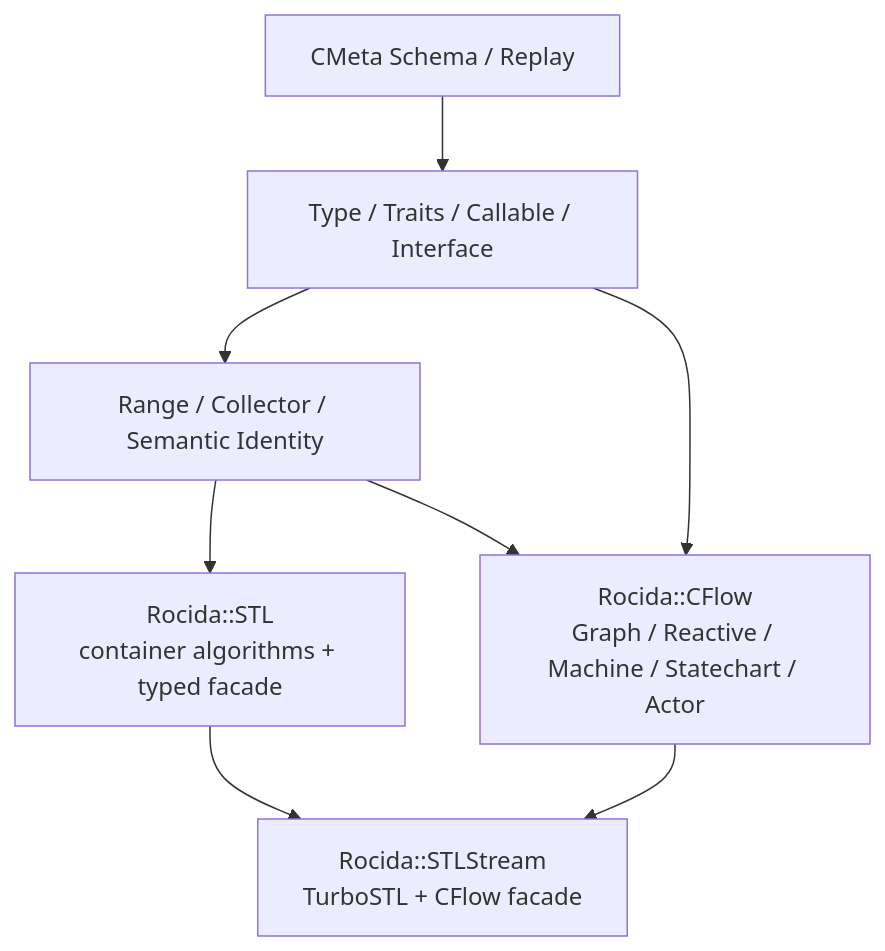
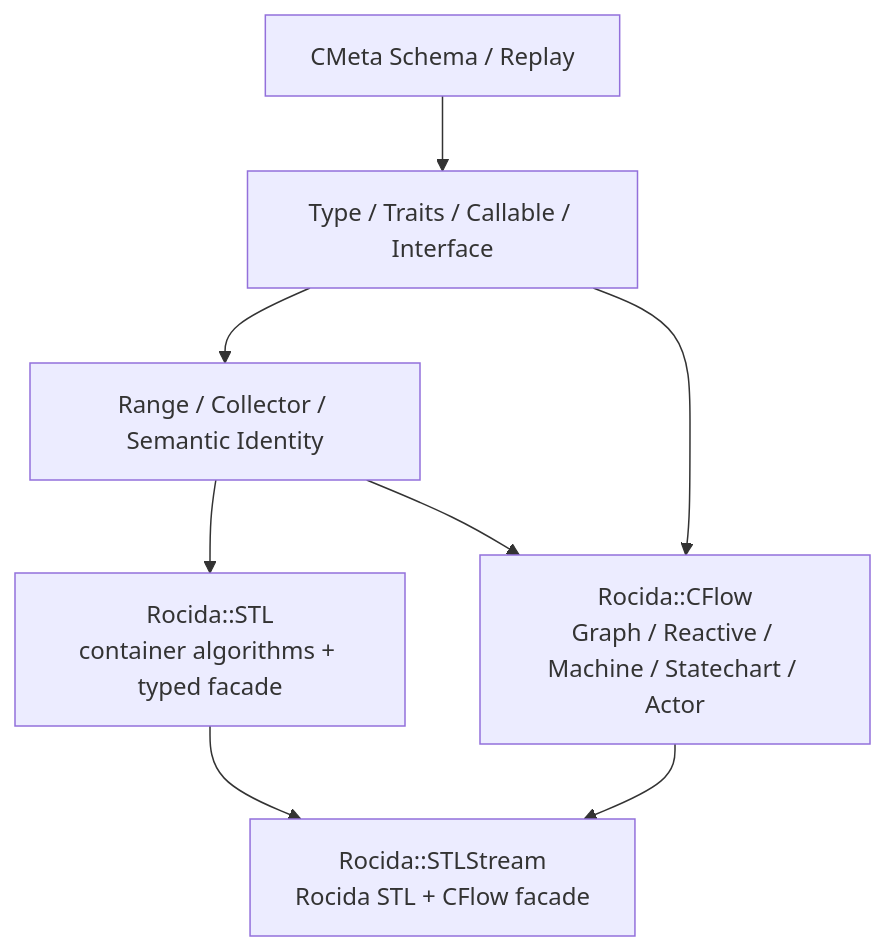
The first of 3 diagrams in book/第十五章：从 Macro Reuse 到 Typed Computation——CMeta - CFlow 对 Modern C 的真正意义.md (qigao/salts), drawn with Mermaid before and after one commit. The commit also changed other lines of this file and 145 other files, not shown here.

Commit message:
refactor(stl): move public surface under Rocida

````diff
--- a/book/第十五章：从 Macro Reuse 到 Typed Computation——CMeta - CFlow 对 Modern C 的真正意义.md
+++ b/book/第十五章：从 Macro Reuse 到 Typed Computation——CMeta - CFlow 对 Modern C 的真正意义.md
@@ -130,16 +130,16 @@
 ```mermaid
 flowchart TD
     PP["CMeta Schema / Replay"]
     SEM["Type / Traits / Callable / Interface"]
     PROTO["Range / Collector / Semantic Identity"]
     STL["Rocida::STL<br/>container algorithms + typed facade"]
     FLOW["Rocida::CFlow<br/>Graph / Reactive / Machine / Statechart / Actor"]
-    STLS["Rocida::STLStream<br/>TurboSTL + CFlow facade"]
+    STLS["Rocida::STLStream<br/>Rocida STL + CFlow facade"]
 
     PP --> SEM --> PROTO
     PROTO --> STL
     SEM --> FLOW
     PROTO --> FLOW
     STL --> STLS
     FLOW --> STLS
 ```
````
